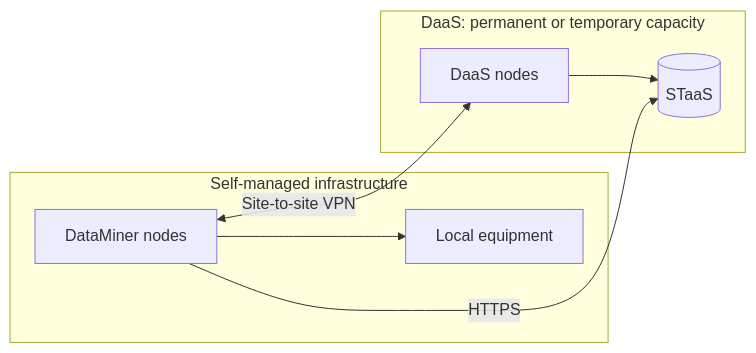
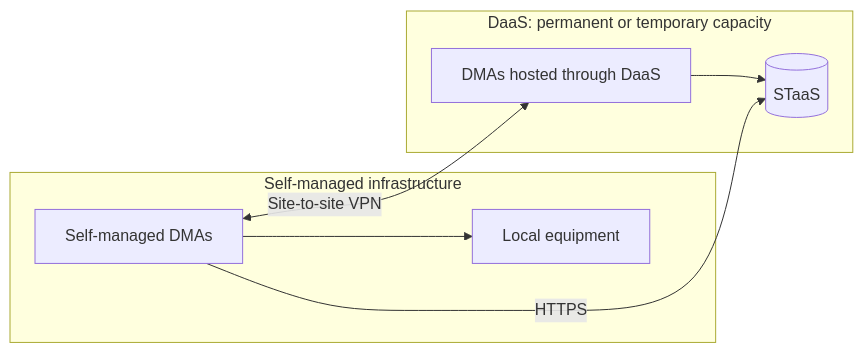
The diagram in dataminer/About_DataMiner/System_architectures/Operations/Architecture_hybrid_cluster.md (SkylineCommunications/dataminer-docs), drawn with Mermaid before and after one commit. The commit also changed 6 other files, not shown here.

First line of the commit message:
Simplify DataMiner topology diagrams

````diff
--- a/dataminer/About_DataMiner/System_architectures/Operations/Architecture_hybrid_cluster.md
+++ b/dataminer/About_DataMiner/System_architectures/Operations/Architecture_hybrid_cluster.md
@@ -33,11 +33,11 @@
 ```mermaid
 flowchart LR
     subgraph Cloud["DaaS: permanent or temporary capacity"]
-        D[DaaS nodes] --> S[(STaaS)]
+        D[DMAs hosted through DaaS] --> S[(STaaS)]
     end
     subgraph Site["Self-managed infrastructure"]
-        A[DataMiner nodes] --> E[Local equipment]
+        A[Self-managed DMAs] --> E[Local equipment]
     end
     A <-- Site-to-site VPN --> D
     A -- HTTPS --> S
 ```
````
